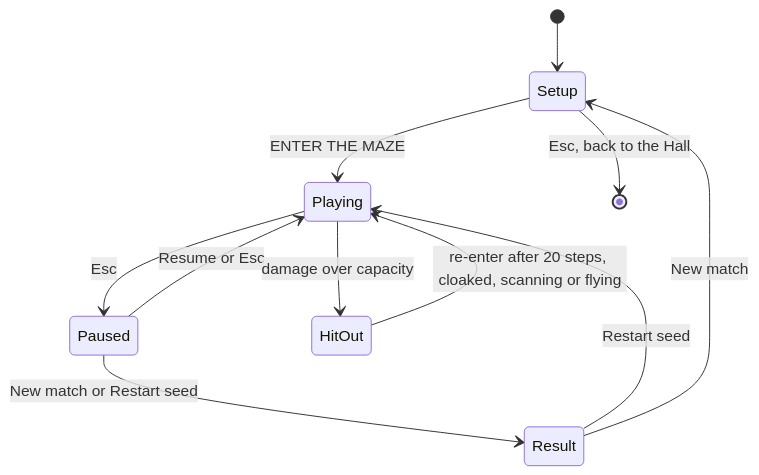
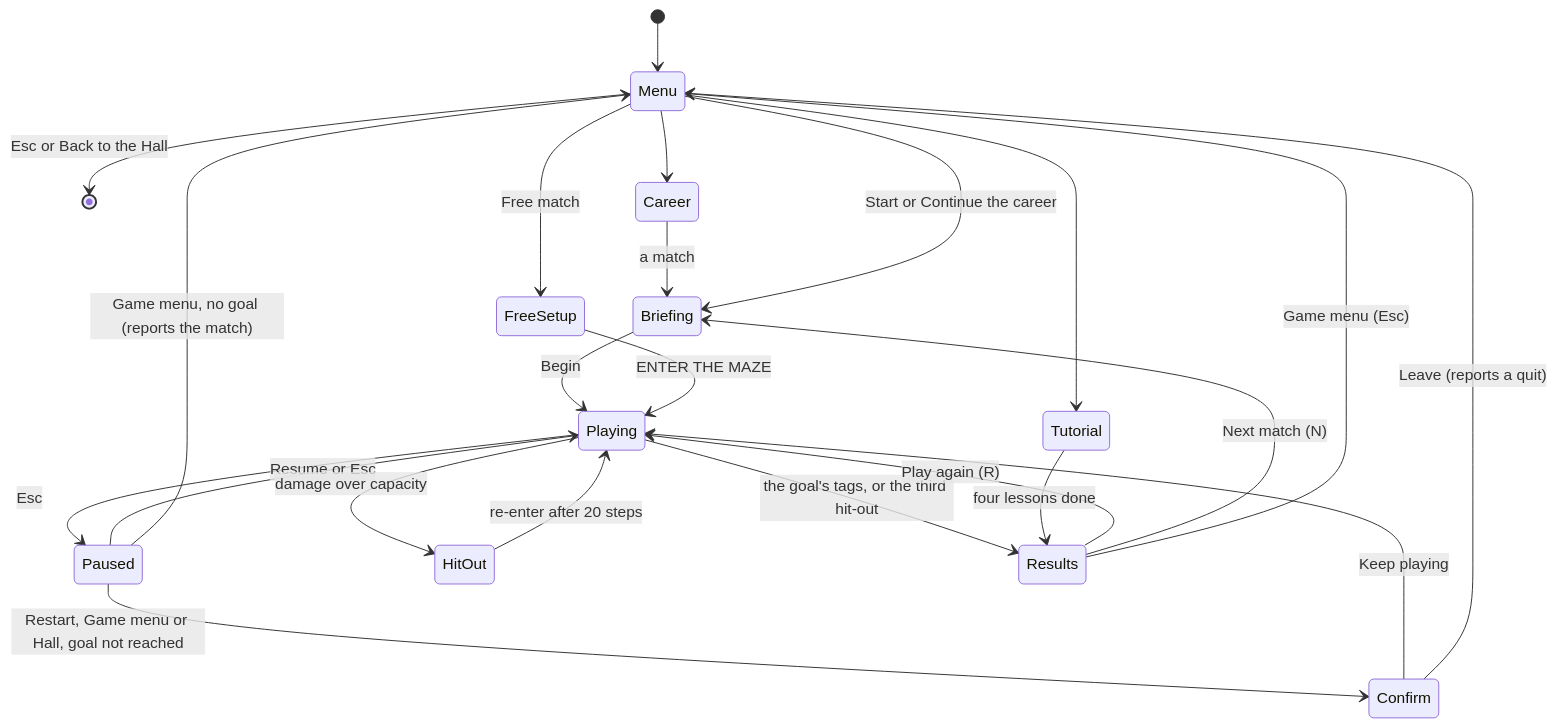
One commit to agunawijaya/usr-games-reborn changed the second of 3 diagrams in games/hunt/docs/ARCHITECTURE.md. Above: the diagram before and after it, drawn with Mermaid. The commit also changed other lines of this file and 31 other files, not shown here.

First line of the commit message:
Hunt — Ricochet: a game menu, a ten-match career, a tutorial, and help for the dark maze

````diff
--- a/games/hunt/docs/ARCHITECTURE.md
+++ b/games/hunt/docs/ARCHITECTURE.md
@@ -54,13 +64,25 @@
 ```mermaid
 stateDiagram-v2
-  [*] --> Setup
-  Setup --> Playing: ENTER THE MAZE
-  Setup --> [*]: Esc, back to the Hall
+  [*] --> Menu
+  Menu --> [*]: Esc or Back to the Hall
+  Menu --> Career
+  Career --> Briefing: a match
+  Menu --> Briefing: Start or Continue the career
+  Briefing --> Playing: Begin
+  Menu --> FreeSetup: Free match
+  FreeSetup --> Playing: ENTER THE MAZE
+  Menu --> Tutorial
   Playing --> Paused: Esc
   Paused --> Playing: Resume or Esc
+  Paused --> Confirm: Restart, Game menu or Hall, goal not reached
+  Confirm --> Playing: Keep playing
+  Confirm --> Menu: Leave (reports a quit)
+  Paused --> Menu: Game menu, no goal (reports the match)
   Playing --> HitOut: damage over capacity
-  HitOut --> Playing: re-enter after 20 steps, cloaked, scanning or flying
-  Paused --> Result: New match or Restart seed
-  Result --> Playing: Restart seed
-  Result --> Setup: New match
+  HitOut --> Playing: re-enter after 20 steps
+  Playing --> Results: the goal's tags, or the third hit-out
+  Results --> Playing: Play again (R)
+  Results --> Briefing: Next match (N)
+  Results --> Menu: Game menu (Esc)
+  Tutorial --> Results: four lessons done
 ```
````
